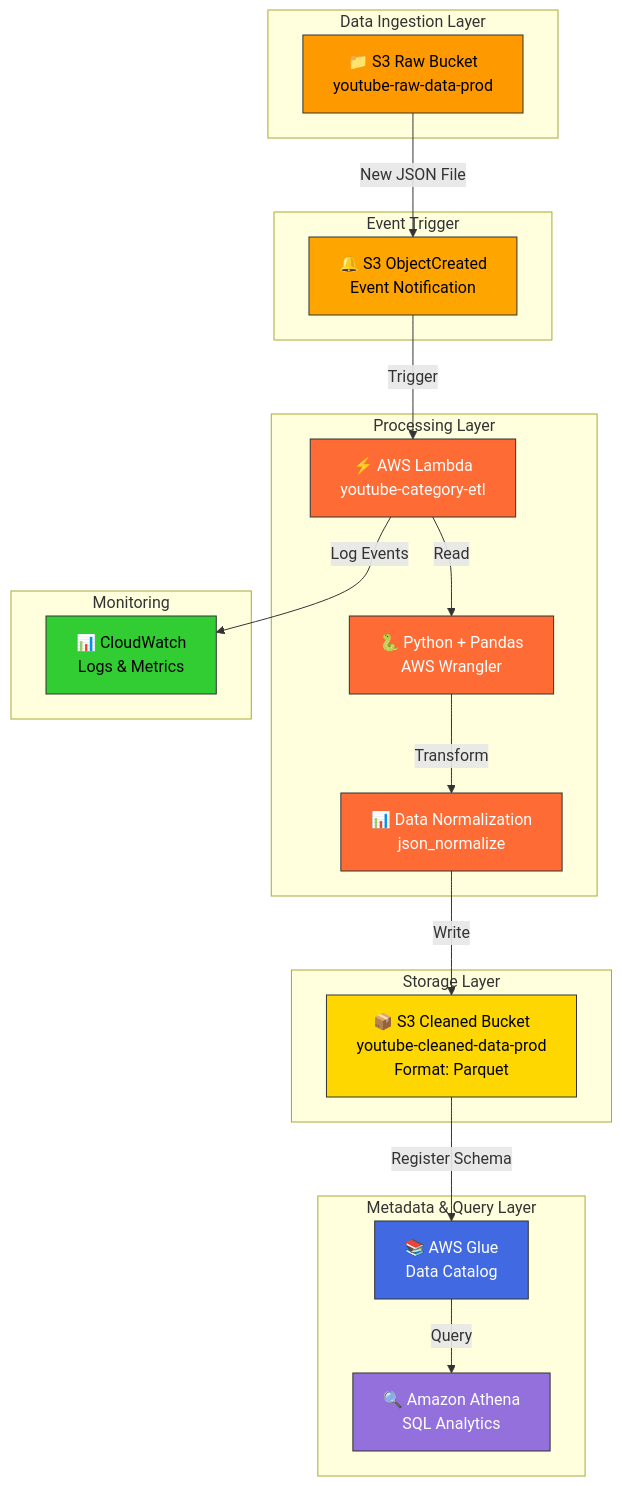
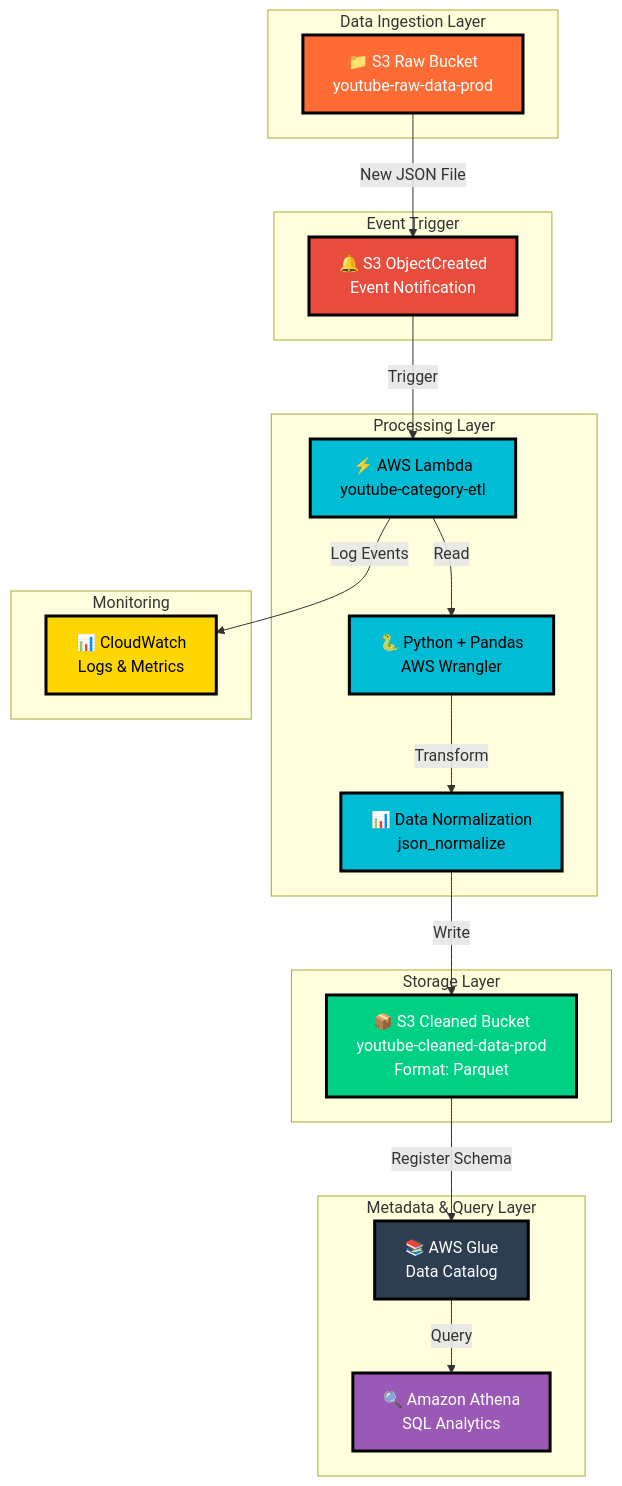
One commit to Vishnudrm/Youtube_analysis_using_Athena changed the first of 3 diagrams in README.md. Above: the diagram before and after it, drawn with Mermaid.

Commit message:
edited the diagrams

````diff
--- a/README.md
+++ b/README.md
@@ -30,48 +30,48 @@
 ```mermaid
 graph TB
     subgraph "Data Ingestion Layer"
         A["📁 S3 Raw Bucket<br/>youtube-raw-data-prod"]
     end
     
     subgraph "Event Trigger"
         B["🔔 S3 ObjectCreated<br/>Event Notification"]
     end
     
     subgraph "Processing Layer"
         C["⚡ AWS Lambda<br/>youtube-category-etl"]
         D["🐍 Python + Pandas<br/>AWS Wrangler"]
         E["📊 Data Normalization<br/>json_normalize"]
     end
     
     subgraph "Storage Layer"
         F["📦 S3 Cleaned Bucket<br/>youtube-cleaned-data-prod<br/>Format: Parquet"]
     end
     
     subgraph "Metadata & Query Layer"
         G["📚 AWS Glue<br/>Data Catalog"]
         H["🔍 Amazon Athena<br/>SQL Analytics"]
     end
     
     subgraph "Monitoring"
         I["📊 CloudWatch<br/>Logs & Metrics"]
     end
     
     A -->|New JSON File| B
     B -->|Trigger| C
     C -->|Read| D
     D -->|Transform| E
     E -->|Write| F
     F -->|Register Schema| G
     G -->|Query| H
     C -->|Log Events| I
     
-    style A fill:#FF9900,stroke:#333,color:#000
-    style B fill:#FFA500,stroke:#333,color:#000
-    style C fill:#FF6B35,stroke:#333,color:#fff
-    style D fill:#FF6B35,stroke:#333,color:#fff
-    style E fill:#FF6B35,stroke:#333,color:#fff
-    style F fill:#FFD700,stroke:#333,color:#000
-    style G fill:#4169E1,stroke:#333,color:#fff
-    style H fill:#9370DB,stroke:#333,color:#fff
-    style I fill:#32CD32,stroke:#333,color:#000
+    style A fill:#FF6B35,stroke:#000,stroke-width:3px,color:#fff
+    style B fill:#E74C3C,stroke:#000,stroke-width:3px,color:#fff
+    style C fill:#00BCD4,stroke:#000,stroke-width:3px,color:#000
+    style D fill:#00BCD4,stroke:#000,stroke-width:3px,color:#000
+    style E fill:#00BCD4,stroke:#000,stroke-width:3px,color:#000
+    style F fill:#00D084,stroke:#000,stroke-width:3px,color:#fff
+    style G fill:#2C3E50,stroke:#000,stroke-width:3px,color:#fff
+    style H fill:#9B59B6,stroke:#000,stroke-width:3px,color:#fff
+    style I fill:#FFD700,stroke:#000,stroke-width:3px,color:#000
 ```
````
